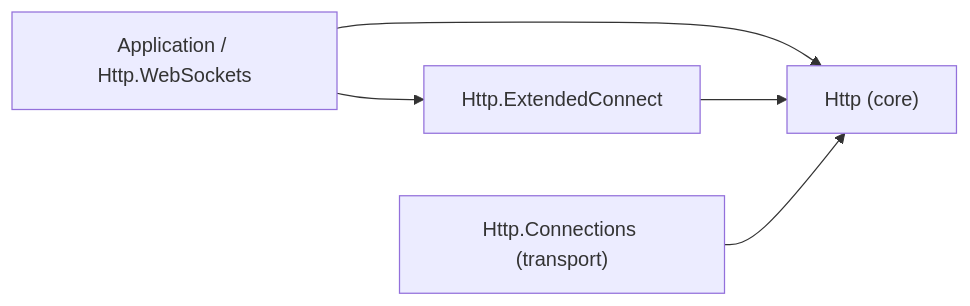
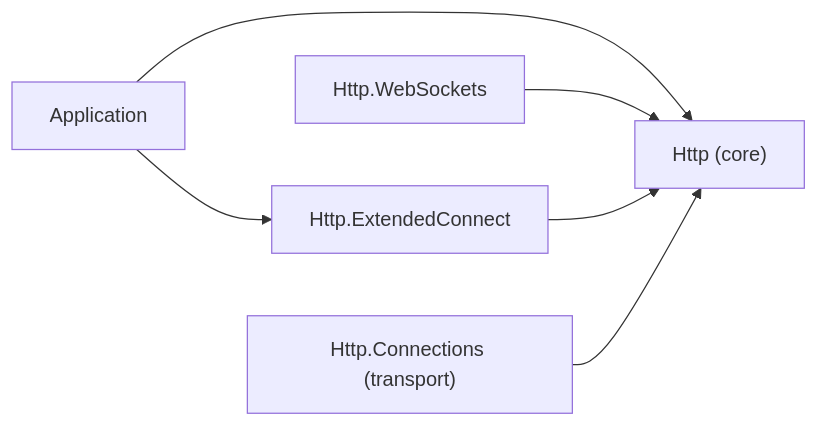
The diagram in libraries/Http/Assimalign.Cohesion.Http.ExtendedConnect/docs/DESIGN.md (assimalign/cohesion), drawn with Mermaid before and after one commit. The commit also changed other lines of this file and 22 other files, not shown here.

First line of the commit message:
feat(web): add server WebSockets over HTTP/2 and HTTP/3 [L01.01.11.35]

````diff
--- a/libraries/Http/Assimalign.Cohesion.Http.ExtendedConnect/docs/DESIGN.md
+++ b/libraries/Http/Assimalign.Cohesion.Http.ExtendedConnect/docs/DESIGN.md
@@ -15,11 +15,13 @@
 ```mermaid
 flowchart LR
-    App["Application / Http.WebSockets"]
+    App["Application"]
+    Sockets["Http.WebSockets"]
     Ext["Http.ExtendedConnect"]
     Core["Http (core)"]
     Conn["Http.Connections (transport)"]
     App --> Ext
     App --> Core
+    Sockets --> Core
     Ext --> Core
     Conn --> Core
 ```
````
